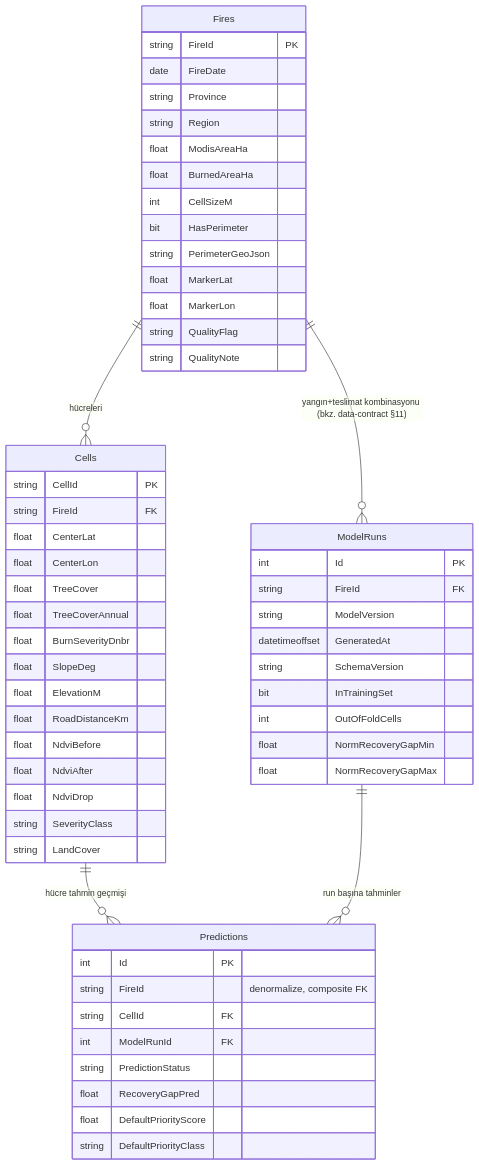
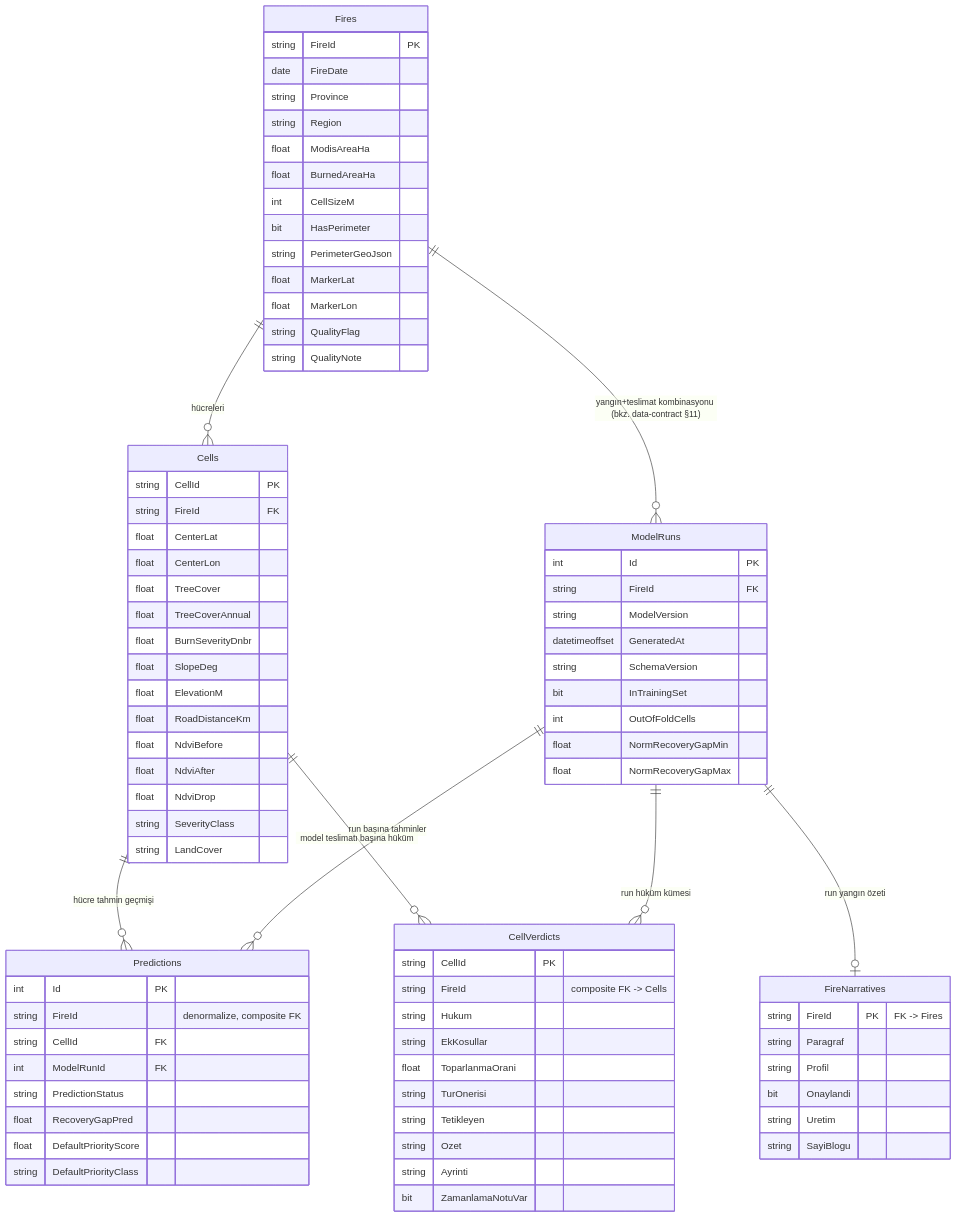
Before and after one commit to beytullahatasoy/ReGreen: the diagram in docs/db-schema.md, drawn with Mermaid. The commit also changed other lines of this file and 88 other files, not shown here.

````diff
--- a/docs/db-schema.md
+++ b/docs/db-schema.md
@@ -32,6 +37,9 @@
     Fires ||--o{ ModelRuns : "yangın+teslimat kombinasyonu (bkz. data-contract §11)"
     Cells ||--o{ Predictions : "hücre tahmin geçmişi"
     ModelRuns ||--o{ Predictions : "run başına tahminler"
+    Cells ||--o{ CellVerdicts : "model teslimatı başına hüküm"
+    ModelRuns ||--o{ CellVerdicts : "run hüküm kümesi"
+    ModelRuns ||--o| FireNarratives : "run yangın özeti"
 
     Fires {
         string FireId PK
@@ -86,4 +94,24 @@
         float DefaultPriorityScore
         string DefaultPriorityClass
     }
+    CellVerdicts {
+        string CellId PK
+        string FireId "composite FK -> Cells"
+        string Hukum
+        string EkKosullar
+        float ToparlanmaOrani
+        string TurOnerisi
+        string Tetikleyen
+        string Ozet
+        string Ayrinti
+        bit ZamanlamaNotuVar
+    }
+    FireNarratives {
+        string FireId PK "FK -> Fires"
+        string Paragraf
+        string Profil
+        bit Onaylandi
+        string Uretim
+        string SayiBlogu
+    }
 ```
````
